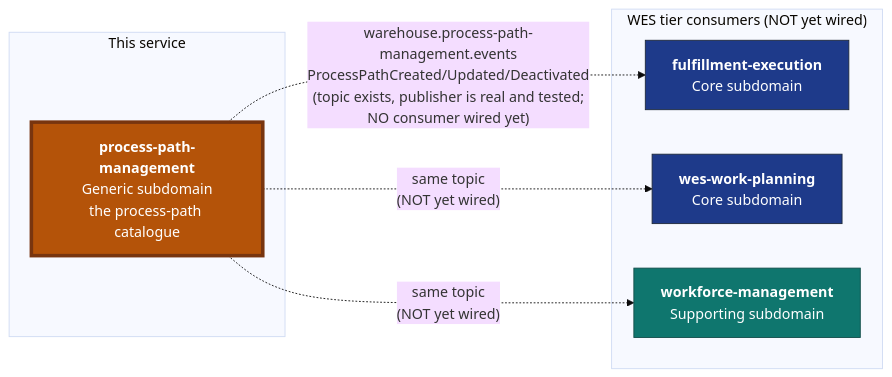
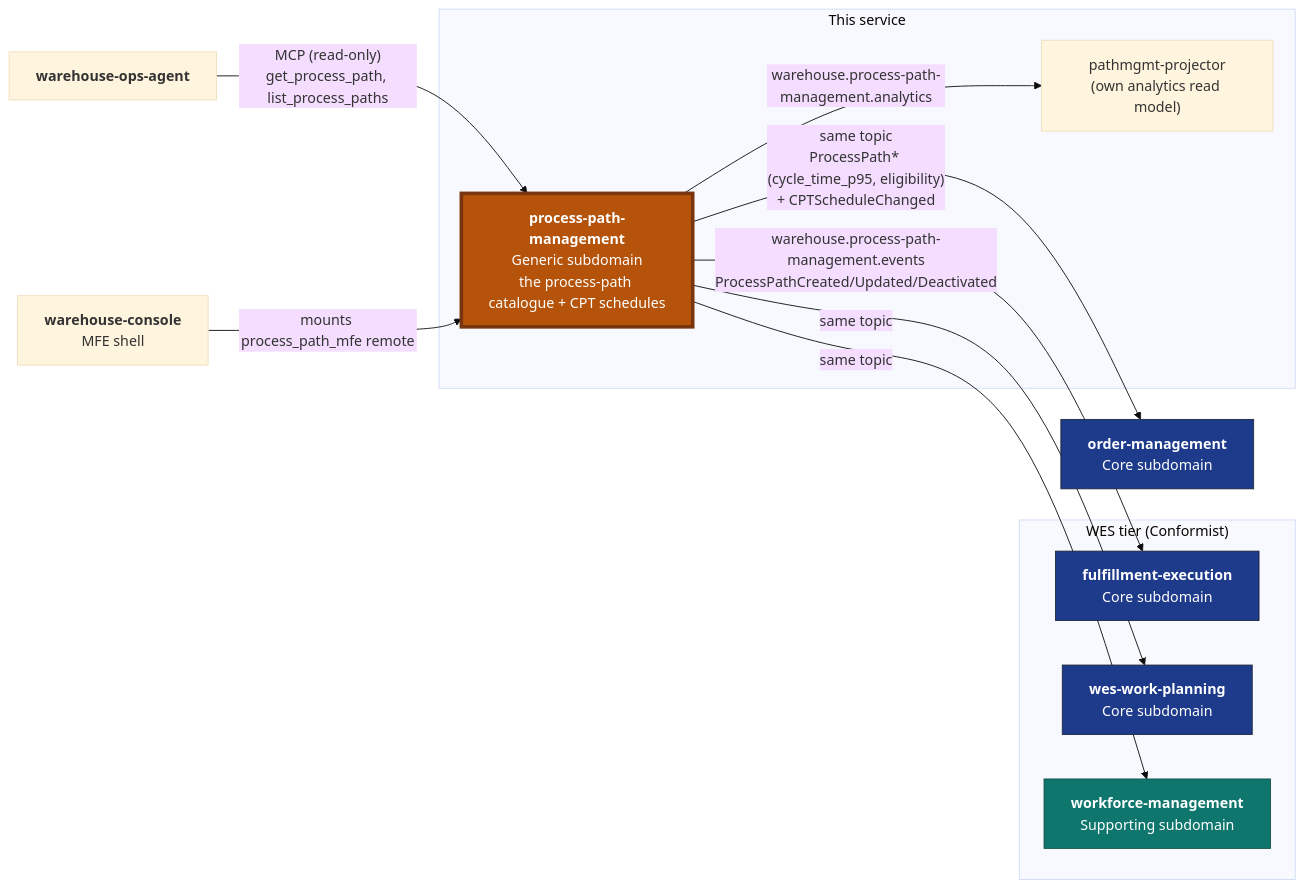
The diagram in docs/docs/ecosystem/context-map.md (claudioed/process-path-management), drawn with Mermaid (base theme) before and after one commit. The commit also changed other lines of this file and 11 other files, not shown here.

````diff
--- a/docs/docs/ecosystem/context-map.md
+++ b/docs/docs/ecosystem/context-map.md
@@ -28,24 +21,34 @@
 ```mermaid
 flowchart LR
     subgraph PPM["This service"]
-        P["<b>process-path-management</b><br/>Generic subdomain<br/>the process-path catalogue"]
+        P["<b>process-path-management</b><br/>Generic subdomain<br/>the process-path catalogue + CPT schedules"]
+        PROJ["pathmgmt-projector<br/>(own analytics read model)"]
     end
 
-    subgraph WES["WES tier consumers (NOT yet wired)"]
+    subgraph WES["WES tier (Conformist)"]
         FE["<b>fulfillment-execution</b><br/>Core subdomain"]
         WWP["<b>wes-work-planning</b><br/>Core subdomain"]
         WFM["<b>workforce-management</b><br/>Supporting subdomain"]
     end
 
-    P -.->|"warehouse.process-path-management.events<br/>ProcessPathCreated/Updated/Deactivated<br/>(topic exists, publisher is real and tested;<br/>NO consumer wired yet)"| FE
-    P -.->|"same topic<br/>(NOT yet wired)"| WWP
-    P -.->|"same topic<br/>(NOT yet wired)"| WFM
+    OM["<b>order-management</b><br/>Core subdomain"]
+    AGENT["<b>warehouse-ops-agent</b>"]
+    CONSOLE["<b>warehouse-console</b><br/>MFE shell"]
+
+    P -->|"warehouse.process-path-management.events<br/>ProcessPathCreated/Updated/Deactivated"| FE
+    P -->|"same topic"| WWP
+    P -->|"same topic"| WFM
+    P -->|"same topic<br/>ProcessPath* (cycle_time_p95, eligibility)<br/>+ CPTScheduleChanged"| OM
+    P -->|"warehouse.process-path-management.analytics"| PROJ
+    AGENT -->|"MCP (read-only)<br/>get_process_path, list_process_paths"| P
+    CONSOLE -->|"mounts process_path_mfe remote"| P
 
     classDef this fill:#b45309,stroke:#78350f,color:#fff,stroke-width:4px;
     classDef core fill:#1e3a8a,stroke:#1e293b,color:#fff;
     classDef supporting fill:#0f766e,stroke:#134e4a,color:#fff;
     class P this;
     class FE core;
     class WWP core;
+    class OM core;
     class WFM supporting;
 ```
````
